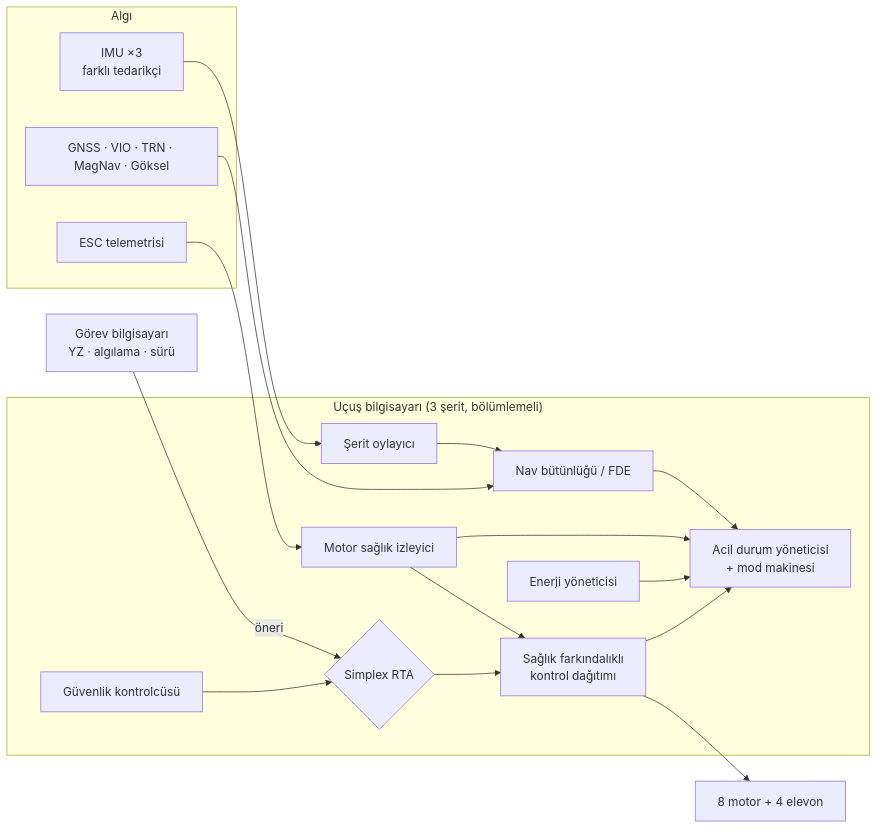
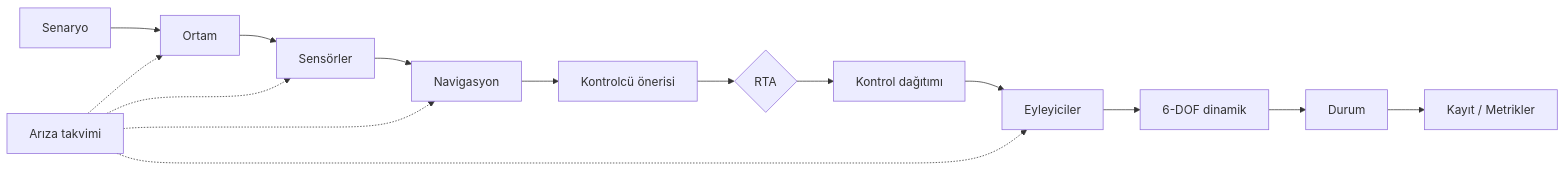
The diagram in README.md (burkiuze/iha), drawn with Mermaid before and after one commit. The commit also changed other lines of this file and 77 other files, not shown here.

````diff
--- a/README.md
+++ b/README.md
@@ -47,24 +41,7 @@
 ```mermaid
 flowchart LR
-  subgraph Algı
-    IMU[IMU ×3<br/>farklı tedarikçi]
-    NAVS[GNSS · VIO · TRN · MagNav · Göksel]
-    ESCT[ESC telemetrisi]
-  end
-  subgraph FCC["Uçuş bilgisayarı (3 şerit, bölümlemeli)"]
-    VOTE[Şerit oylayıcı]
-    INT[Nav bütünlüğü / FDE]
-    MHM[Motor sağlık izleyici]
-    RTA{Simplex RTA}
-    SC[Güvenlik kontrolcüsü]
-    ALLOC[Sağlık farkındalıklı<br/>kontrol dağıtımı]
-    CM[Acil durum yöneticisi<br/>+ mod makinesi]
-    EMS[Enerji yöneticisi]
-  end
-  MC[Görev bilgisayarı<br/>YZ · algılama · sürü] -- öneri --> RTA
-  IMU --> VOTE --> INT
-  NAVS --> INT
-  ESCT --> MHM --> ALLOC
-  SC --> RTA --> ALLOC --> ACT[8 motor + 4 elevon]
-  INT & MHM & EMS & ALLOC --> CM
+  S[Senaryo] --> E[Ortam] --> SN[Sensörler] --> N[Navigasyon] --> P[Kontrolcü önerisi]
+  P --> R{RTA} --> A[Kontrol dağıtımı] --> AC[Eyleyiciler] --> D[6-DOF dinamik]
+  D --> ST[Durum] --> L[Kayıt / Metrikler]
+  F[Arıza takvimi] -.-> E & SN & AC & N
 ```
````
